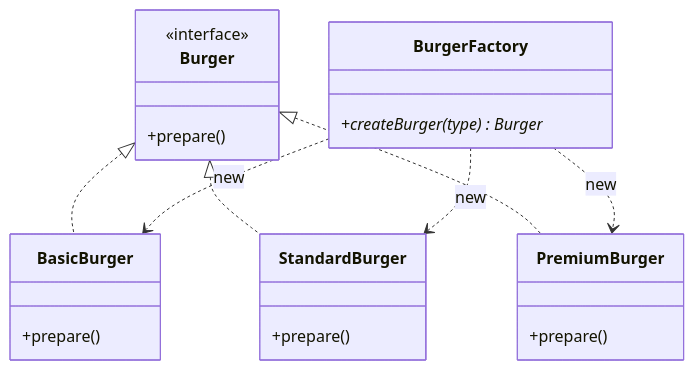
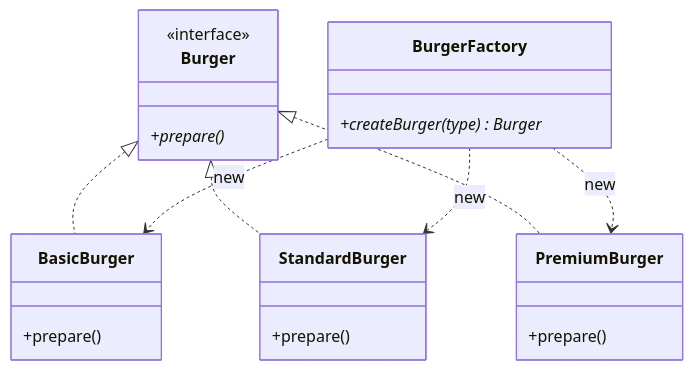
One commit to subhm2004/LLD changed the first of 2 diagrams in L9 Factory_Design_Pattern/notes/01_Simple_Factory.md. Above: the diagram before and after it, drawn with Mermaid. The commit also changed other lines of this file and 7 other files, not shown here.

````diff
--- a/L9 Factory_Design_Pattern/notes/01_Simple_Factory.md
+++ b/L9 Factory_Design_Pattern/notes/01_Simple_Factory.md
@@ -40,20 +50,20 @@
 ```mermaid
 classDiagram
     class Burger {
         <<interface>>
-        +prepare()
+        +prepare()*
     }
     class BasicBurger { +prepare() }
     class StandardBurger { +prepare() }
     class PremiumBurger { +prepare() }
     class BurgerFactory {
         +createBurger(type) Burger*
     }
 
     Burger <|.. BasicBurger
     Burger <|.. StandardBurger
     Burger <|.. PremiumBurger
     BurgerFactory ..> BasicBurger : new
     BurgerFactory ..> StandardBurger : new
     BurgerFactory ..> PremiumBurger : new
 ```
````
